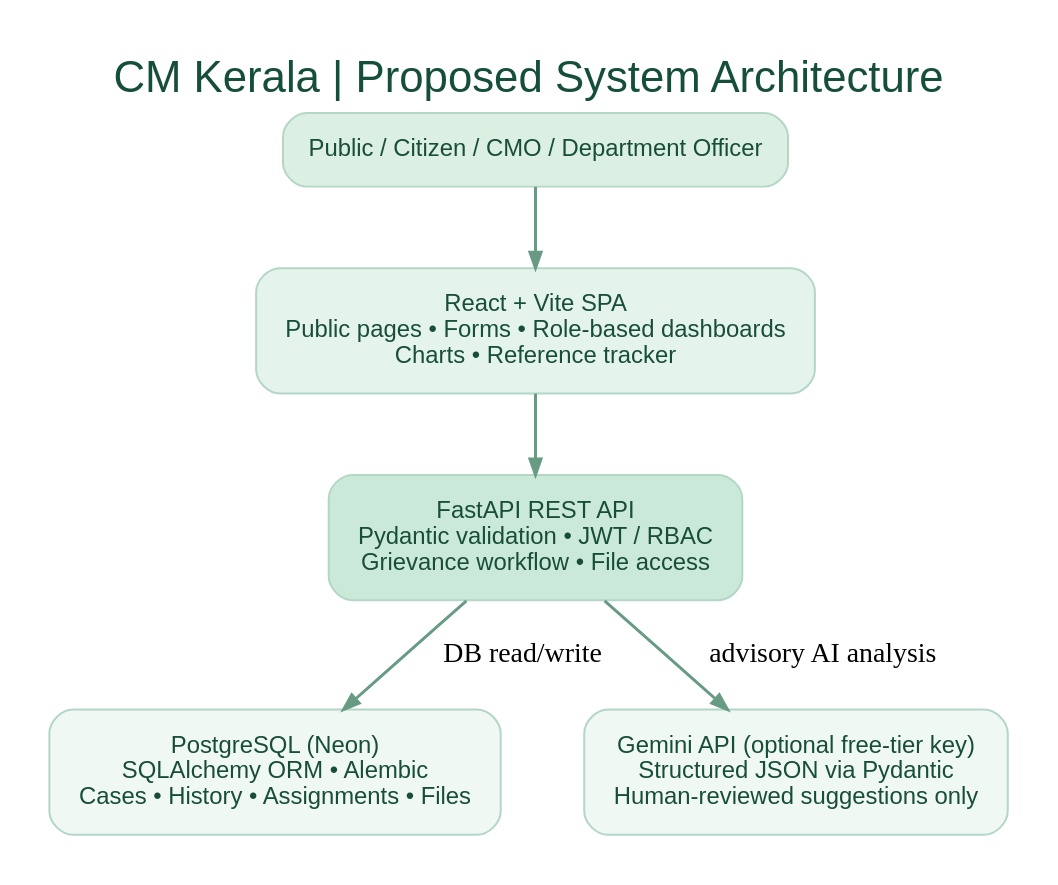
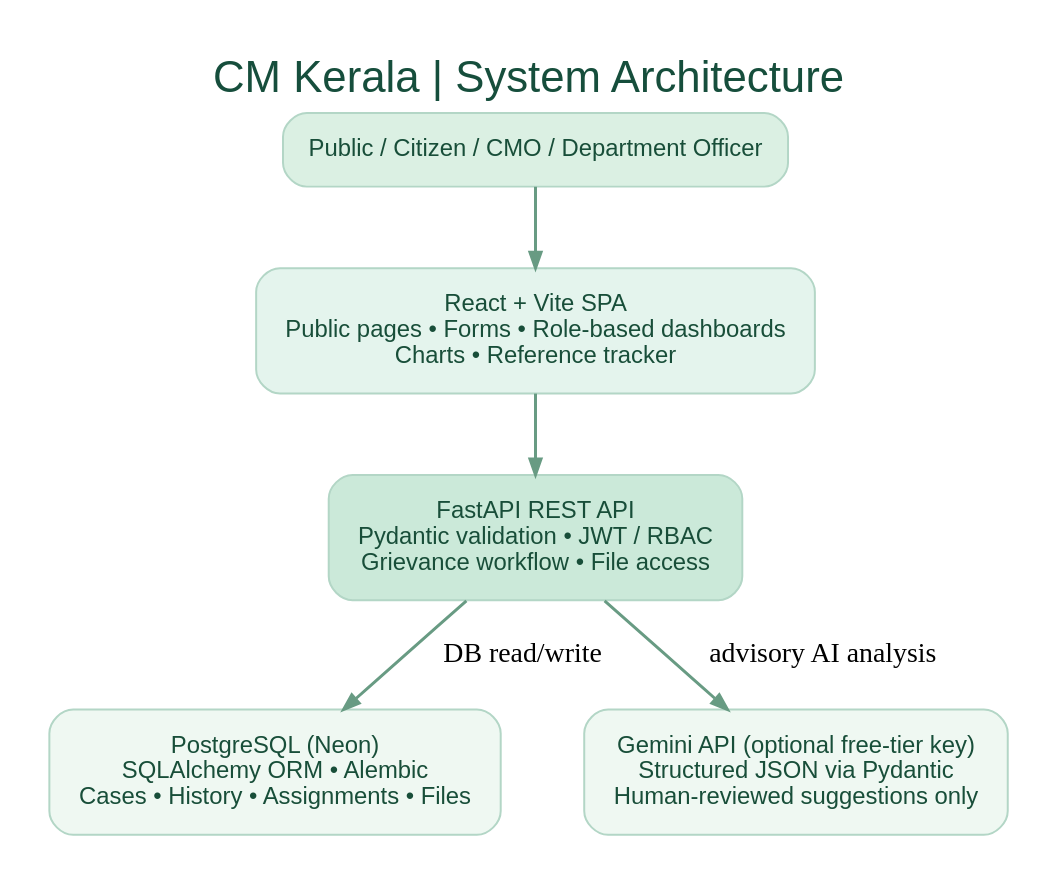
Before and after one commit to anagha-m01/CM_Kerala_Grievance_Portal: the diagram in DOCUMENTATION/diagrams/system_architecture.dot, drawn with Graphviz. The commit also changed 24 other files, not shown here.

```diff
--- a/DOCUMENTATION/diagrams/system_architecture.dot
+++ b/DOCUMENTATION/diagrams/system_architecture.dot
@@ -1,13 +1,13 @@
 digraph architecture {
-  graph [rankdir=TB, bgcolor="white", pad=0.24, nodesep=0.58, ranksep=0.55, fontname="Arial", label="CM Kerala | Proposed System Architecture", labelloc=t, fontsize=22, fontcolor="#164e3c"];
+  graph [rankdir=TB, bgcolor="white", pad=0.24, nodesep=0.58, ranksep=0.55, fontname="Arial", label="CM Kerala | System Architecture", labelloc=t, fontsize=22, fontcolor="#164e3c"];
   node [shape=box, style="rounded,filled", color="#b3d6c6", fontname="Arial", fontsize=12, margin="0.2,0.16", fillcolor="#eff8f2", fontcolor="#184e39"];
   edge [color="#689b83", penwidth=1.5, arrowsize=.8];
   users [label="Public / Citizen / CMO / Department Officer", fillcolor="#dbf0e3"];
   frontend [label="React + Vite SPA\nPublic pages • Forms • Role-based dashboards\nCharts • Reference tracker", fillcolor="#e4f4ed"];
   api [label="FastAPI REST API\nPydantic validation • JWT / RBAC\nGrievance workflow • File access", fillcolor="#cbe9d9"];
   db [label="PostgreSQL (Neon)\nSQLAlchemy ORM • Alembic\nCases • History • Assignments • Files"];
   ai [label="Gemini API (optional free-tier key)\nStructured JSON via Pydantic\nHuman-reviewed suggestions only"];
   users -> frontend -> api;
   api -> db [label="DB read/write"];
   api -> ai [label="advisory AI analysis"];
 }
```
